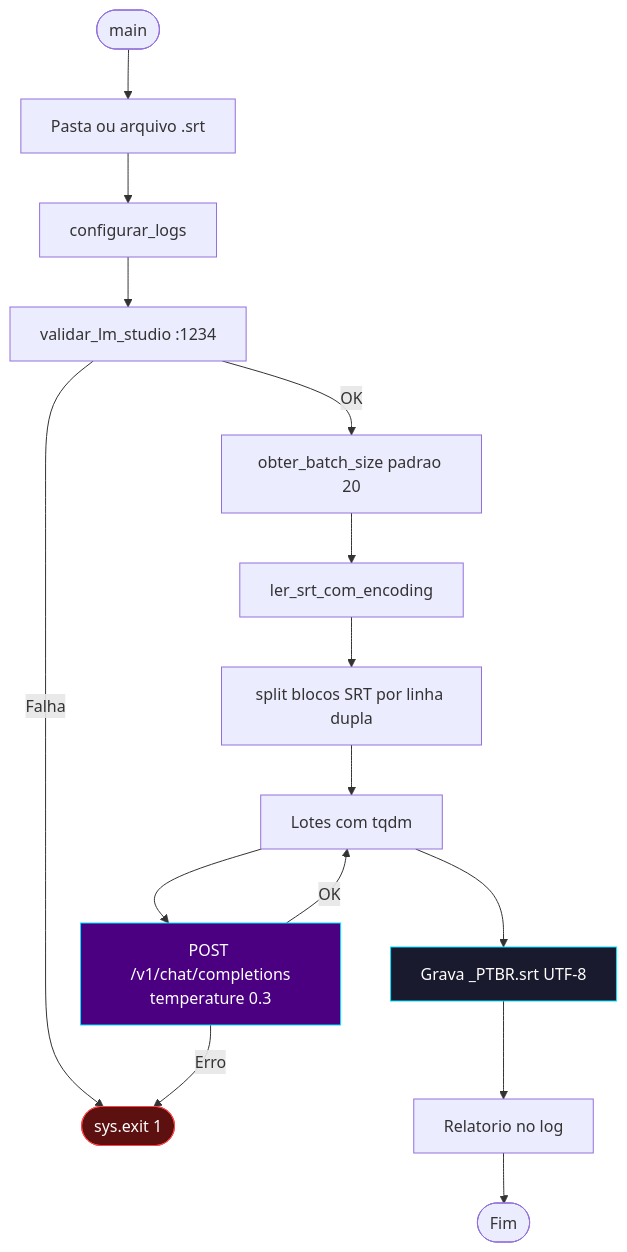
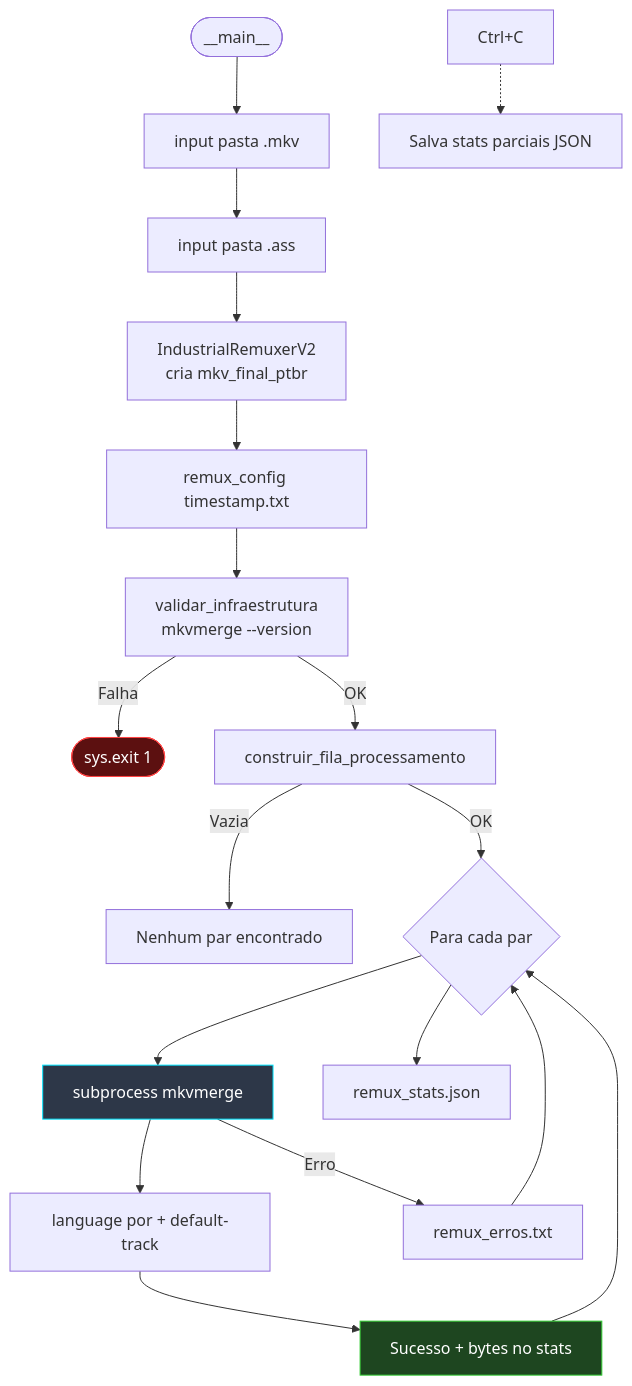
Before and after one commit to carmipa/projeto-tracker-animes-traducao: the first of 2 diagrams in docs/modulo-fase-5.md, drawn with Mermaid. The commit also changed other lines of this file and 14 other files, not shown here.

````diff
--- a/docs/modulo-fase-5.md
+++ b/docs/modulo-fase-5.md
@@ -34,25 +23,31 @@
 ```mermaid
 flowchart TB
-    START([main]) --> INPUT[Pasta ou arquivo .srt]
-    INPUT --> LOG[configurar_logs]
-    LOG --> VAL[validar_lm_studio :1234]
+    START([__main__]) --> IN1[input pasta .mkv]
+    IN1 --> IN2[input pasta .ass]
+    IN2 --> INIT[IndustrialRemuxerV2<br/>cria mkv_final_ptbr]
 
-    VAL -->|Falha| ABORT([sys.exit 1])
-    VAL -->|OK| BATCH[obter_batch_size padrao 20]
+    INIT --> CFG[remux_config timestamp.txt]
+    CFG --> VAL[validar_infraestrutura<br/>mkvmerge --version]
 
-    BATCH --> READ[ler_srt_com_encoding]
-    READ --> SPLIT[split blocos SRT por linha dupla]
-    SPLIT --> LOOP[Lotes com tqdm]
+    VAL -->|Falha| EXIT([sys.exit 1])
+    VAL -->|OK| FILA[construir_fila_processamento]
 
-    LOOP --> API[POST /v1/chat/completions<br/>temperature 0.3]
-    API -->|Erro| ABORT
-    API -->|OK| LOOP
+    FILA -->|Vazia| WARN[Nenhum par encontrado]
+    FILA -->|OK| LOOP{Para cada par}
 
-    LOOP --> SAVE[Grava _PTBR.srt UTF-8]
-    SAVE --> REL[Relatorio no log]
-    REL --> END([Fim])
+    LOOP --> CMD[subprocess mkvmerge]
+    CMD --> META[language por + default-track]
+    META --> OK[Sucesso + bytes no stats]
+    OK --> LOOP
 
-    style API fill:#4B0082,stroke:#00E5FF,color:#fff
-    style SAVE fill:#1a1a2e,stroke:#00E5FF,color:#fff
-    style ABORT fill:#5c1010,stroke:#ff4444,color:#fff
+    CMD -->|Erro| ERR[remux_erros.txt]
+    ERR --> LOOP
+
+    LOOP --> REL[remux_stats.json]
+
+    CTRL[Ctrl+C] -.-> PARCIAL[Salva stats parciais JSON]
+
+    style OK fill:#1e4620,stroke:#32CD32,color:#fff
+    style EXIT fill:#5c1010,stroke:#ff4444,color:#fff
+    style CMD fill:#2d3748,stroke:#00E5FF,color:#fff
 ```
````
